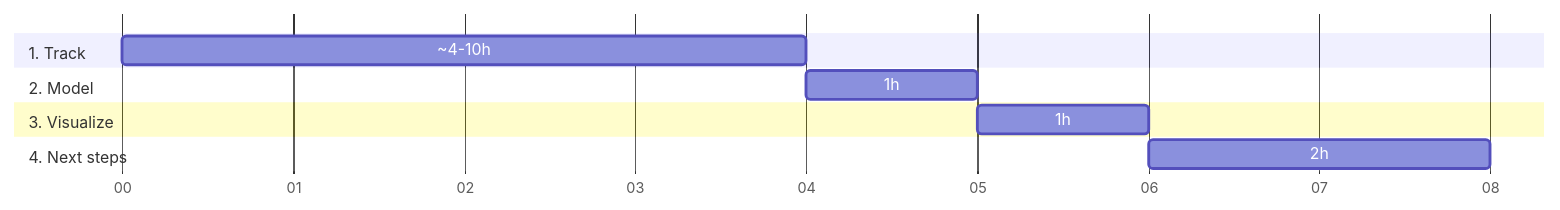
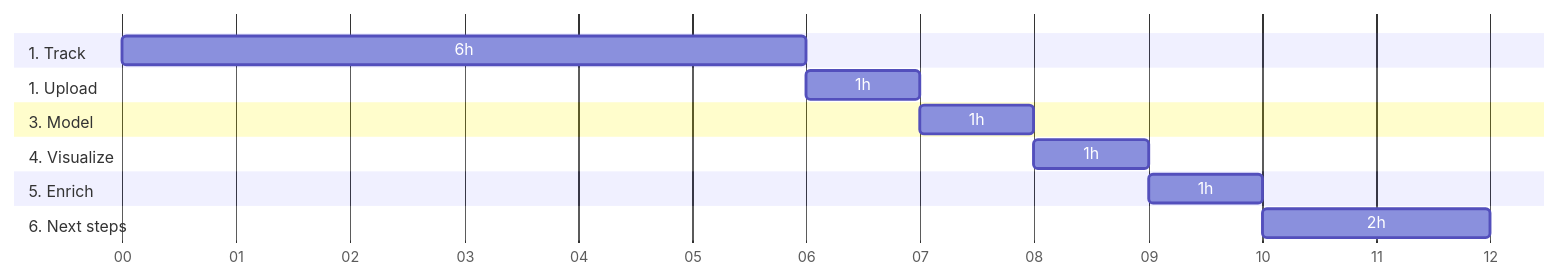
Before and after one commit to snowplow/snowplow-ecommerce-tracking-accelerator: the diagram in content/_index.md, drawn with Mermaid. The commit also changed other lines of this file and 11 other files, not shown here.

```diff
--- a/content/_index.md
+++ b/content/_index.md
@@ -48,14 +50,18 @@
 {{<mermaid>}}
 gantt
 dateFormat HH-mm
 axisFormat %M
 section 1. Track
-~4-10h :track, 00-00, 4m
-section 2. Model
-1h :model, after track, 1m
-section 3. Visualize
+6h :track, 00-00, 6m
+section 1. Upload
+1h :upload, after track, 1m
+section 3. Model
+1h :model, after upload, 1m
+section 4. Visualize
 1h :visualize, after model, 1m
-section 4. Next steps
-2h :next steps, after visualize, 2m
+section 5. Enrich
+1h :enrich, after visualize, 1m
+section 6. Next steps
+2h :next steps, after enrich, 2m
 
 {{</mermaid >}}
```
